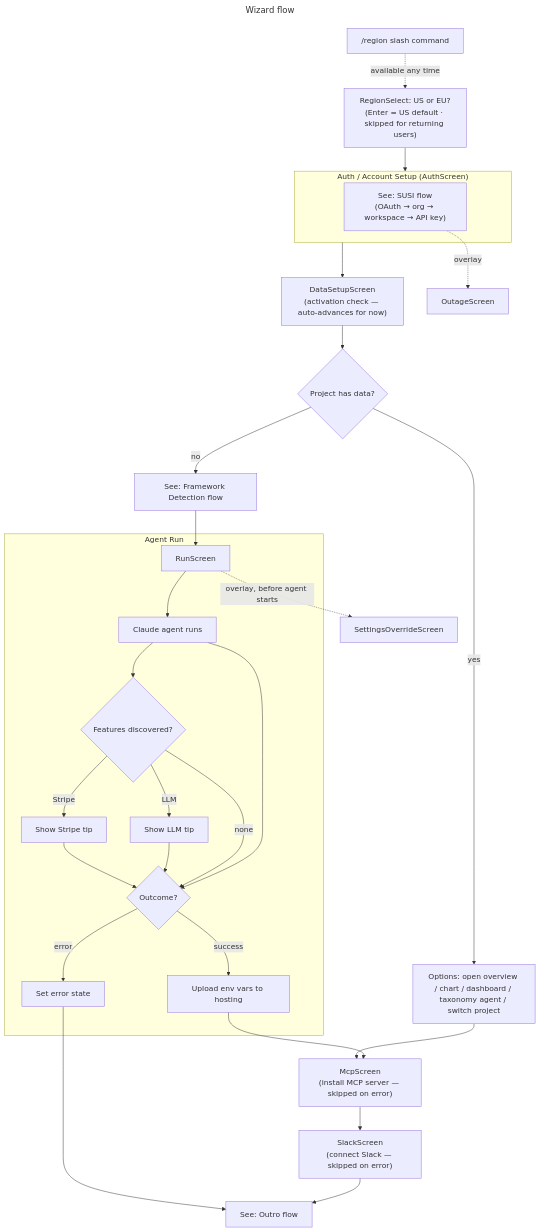
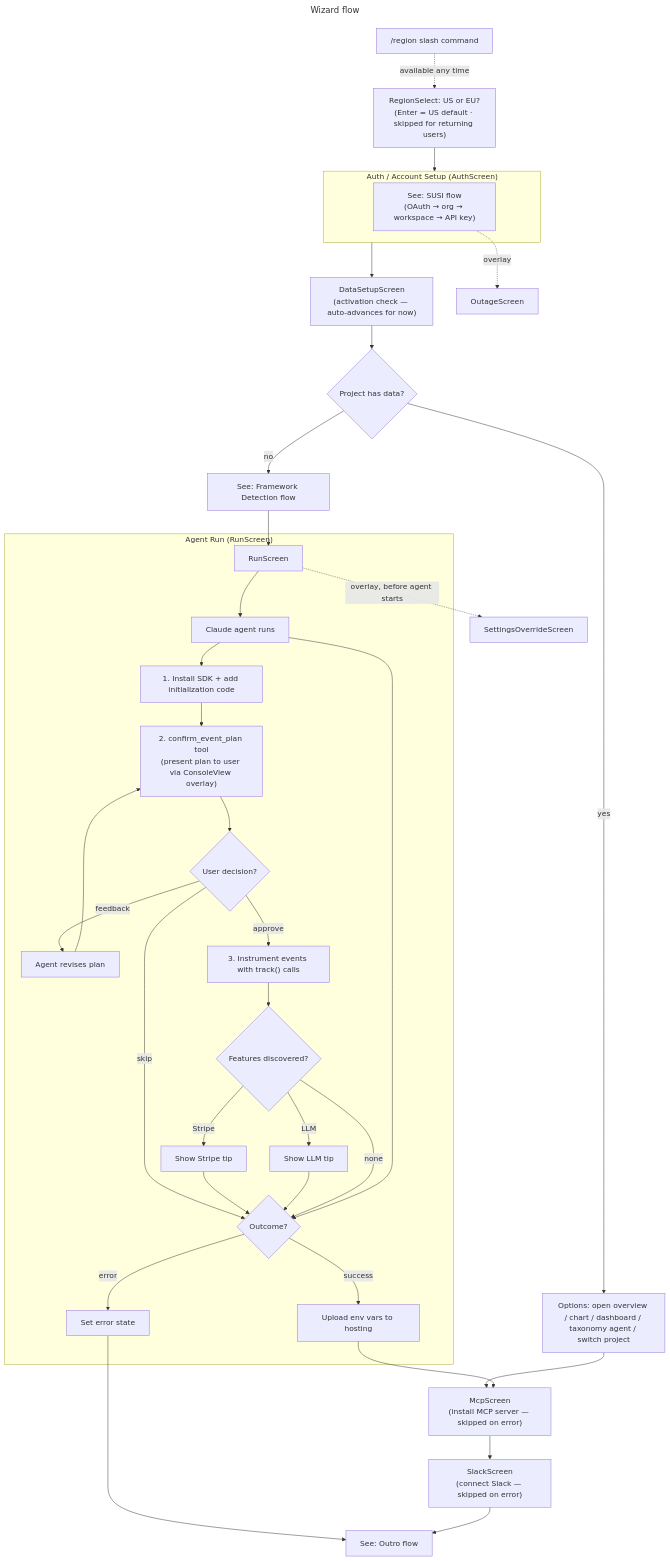
The second of 7 diagrams in docs/flows.md (amplitude/wizard), drawn with Mermaid before and after one commit. The commit also changed 12 other files, not shown here.

First line of the commit message:
instrumentation plan review before agent writes track() calls

````diff
--- a/docs/flows.md
+++ b/docs/flows.md
@@ -57,42 +57,48 @@
 ```mermaid
 ---
 title: Wizard flow
 ---
 flowchart TD
     REGION_SELECT["RegionSelect: US or EU?<br/>(Enter = US default · skipped for returning users)"]
     REGION_SELECT --> AUTH
 
     subgraph AUTH ["Auth / Account Setup (AuthScreen)"]
         SUSI["See: SUSI flow<br/>(OAuth → org → workspace → API key)"]
     end
 
     AUTH --> DATA_SETUP["DataSetupScreen<br/>(activation check — auto-advances for now)"]
     DATA_SETUP --> DATA_CHECK{Project has data?}
 
     DATA_CHECK -->|no| FRAMEWORK["See: Framework Detection flow"]
     DATA_CHECK -->|yes| OPTIONS["Options: open overview / chart / dashboard / taxonomy agent / switch project"]
 
     OPTIONS --> MCP_SCREEN
     FRAMEWORK --> RUN
 
     SLASH_REGION["/region slash command"] -. available any time .-> REGION_SELECT
 
-    subgraph AGENT_RUN ["Agent Run"]
+    subgraph AGENT_RUN ["Agent Run (RunScreen)"]
         RUN["RunScreen"] --> AGENT["Claude agent runs"]
-        AGENT --> FEATURES{Features discovered?}
+        AGENT --> SDK_INSTALL["1. Install SDK + add initialization code"]
+        SDK_INSTALL --> PLAN_TOOL["2. confirm_event_plan tool<br/>(present plan to user via ConsoleView overlay)"]
+        PLAN_TOOL --> PLAN_LOOP{User decision?}
+        PLAN_LOOP -->|feedback| PLAN_REVISE["Agent revises plan"] --> PLAN_TOOL
+        PLAN_LOOP -->|approve| INSTRUMENT["3. Instrument events with track() calls"]
+        PLAN_LOOP -->|skip| OUTCOME
+        INSTRUMENT --> FEATURES{Features discovered?}
         FEATURES -->|Stripe| STRIPE_TIP["Show Stripe tip"] --> OUTCOME
         FEATURES -->|LLM| LLM_TIP["Show LLM tip"] --> OUTCOME
         FEATURES -->|none| OUTCOME
         AGENT --> OUTCOME{Outcome?}
         OUTCOME -->|success| POST["Upload env vars to hosting"]
         OUTCOME -->|error| ERR["Set error state"]
     end
 
     POST --> MCP_SCREEN["McpScreen<br/>(install MCP server — skipped on error)"]
     ERR --> OUTRO["See: Outro flow"]
     MCP_SCREEN --> SLACK_SCREEN["SlackScreen<br/>(connect Slack — skipped on error)"]
     SLACK_SCREEN --> OUTRO
 
     SUSI -. overlay .-> OUTAGE["OutageScreen"]
     RUN -. overlay, before agent starts .-> SETTINGS_OVR["SettingsOverrideScreen"]
 ```
````
